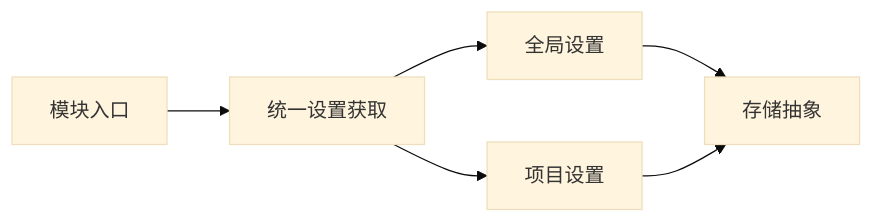
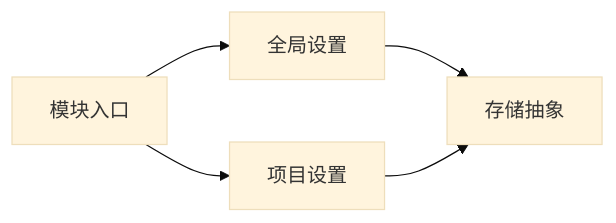
One commit to fuweiq94-cloud/339918076 changed the sixth of 6 diagrams in .qoder/repowiki/zh/content/配置管理.md. Above: the diagram before and after it, drawn with Mermaid (base theme). The commit also changed other lines of this file and 84 other files, not shown here.

````diff
--- a/.qoder/repowiki/zh/content/配置管理.md
+++ b/.qoder/repowiki/zh/content/配置管理.md
@@ -244,8 +215,7 @@
 ```mermaid
 graph LR
-Entry["模块入口"] --> Getter["统一设置获取"]
-Getter --> GSet["全局设置"]
-Getter --> PSet["项目设置"]
+Entry["模块入口"] --> GSet["全局设置"]
+Entry --> PSet["项目设置"]
 GSet --> Store["存储抽象"]
 PSet --> Store
 ```
````
